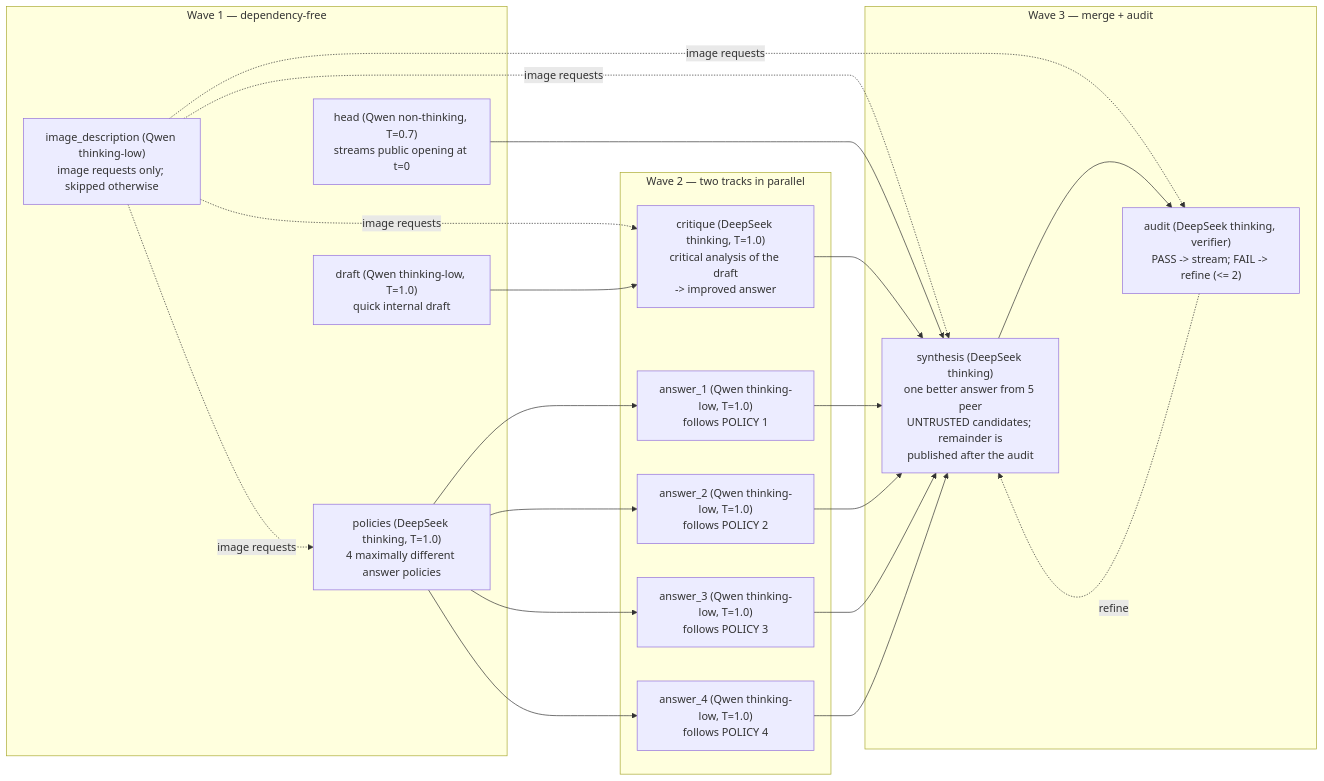
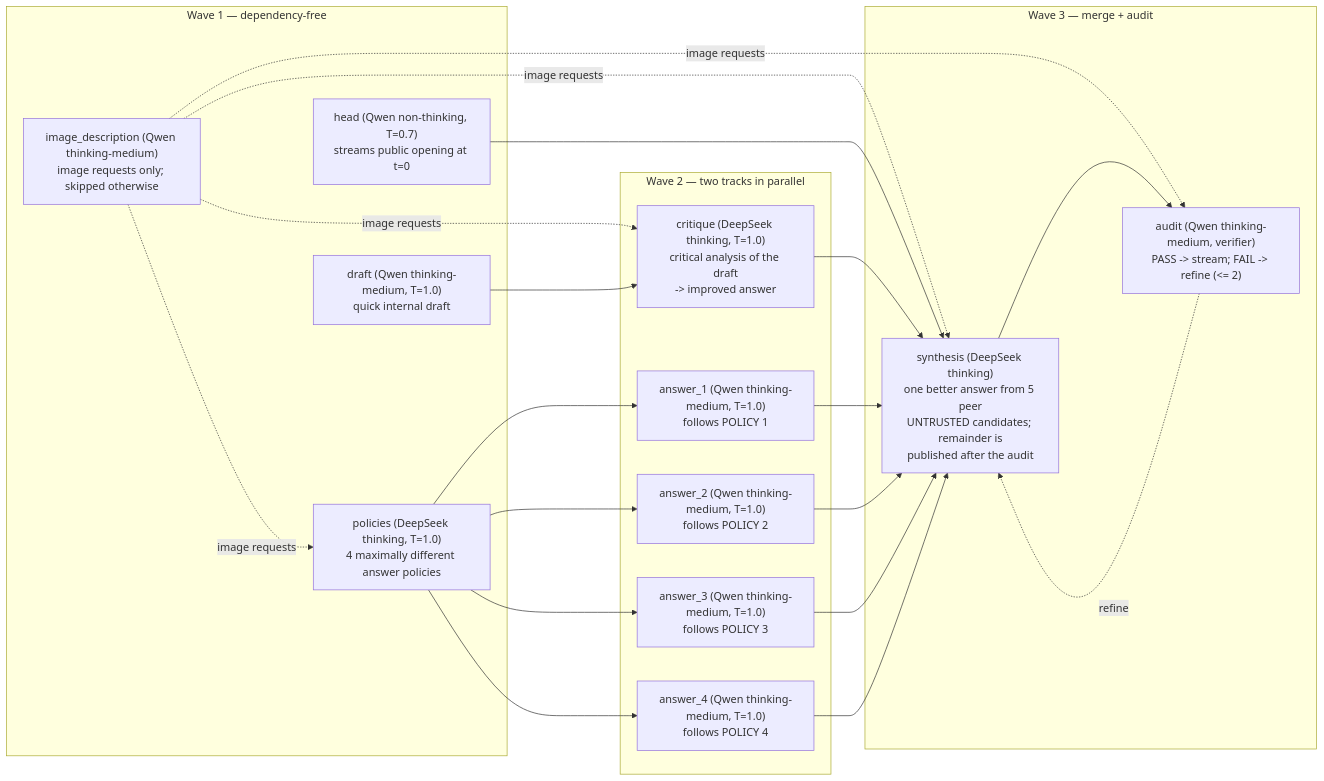
The diagram in examples/qwen3.8-deepseek-v4-8gpu/README.md (ytworks/kairyu), drawn with Mermaid before and after one commit. The commit also changed other lines of this file and 9 other files, not shown here.

First line of the commit message:
examples(tiered): Qwen thinking to medium tier, audit verifier to Qwen (DTO-D14)

````diff
--- a/examples/qwen3.8-deepseek-v4-8gpu/README.md
+++ b/examples/qwen3.8-deepseek-v4-8gpu/README.md
@@ -150,37 +150,37 @@
 ```mermaid
 flowchart LR
     subgraph W1["Wave 1 — dependency-free"]
         H["head (Qwen non-thinking, T=0.7)<br/>streams public opening at t=0"]
-        DR["draft (Qwen thinking-low, T=1.0)<br/>quick internal draft"]
-        ID["image_description (Qwen thinking-low)<br/>image requests only; skipped otherwise"]
+        DR["draft (Qwen thinking-medium, T=1.0)<br/>quick internal draft"]
+        ID["image_description (Qwen thinking-medium)<br/>image requests only; skipped otherwise"]
         PO["policies (DeepSeek thinking, T=1.0)<br/>4 maximally different answer policies"]
     end
     subgraph W2["Wave 2 — two tracks in parallel"]
-        A1["answer_1 (Qwen thinking-low, T=1.0)<br/>follows POLICY 1"]
-        A2["answer_2 (Qwen thinking-low, T=1.0)<br/>follows POLICY 2"]
-        A3["answer_3 (Qwen thinking-low, T=1.0)<br/>follows POLICY 3"]
-        A4["answer_4 (Qwen thinking-low, T=1.0)<br/>follows POLICY 4"]
+        A1["answer_1 (Qwen thinking-medium, T=1.0)<br/>follows POLICY 1"]
+        A2["answer_2 (Qwen thinking-medium, T=1.0)<br/>follows POLICY 2"]
+        A3["answer_3 (Qwen thinking-medium, T=1.0)<br/>follows POLICY 3"]
+        A4["answer_4 (Qwen thinking-medium, T=1.0)<br/>follows POLICY 4"]
         CR["critique (DeepSeek thinking, T=1.0)<br/>critical analysis of the draft<br/>-> improved answer"]
     end
     subgraph W3["Wave 3 — merge + audit"]
         CO["synthesis (DeepSeek thinking)<br/>one better answer from 5 peer<br/>UNTRUSTED candidates; remainder is<br/>published after the audit"]
-        AU["audit (DeepSeek thinking, verifier)<br/>PASS -> stream; FAIL -> refine (<= 2)"]
+        AU["audit (Qwen thinking-medium, verifier)<br/>PASS -> stream; FAIL -> refine (<= 2)"]
     end
     ID -.image requests.-> PO
     ID -.image requests.-> CR
     ID -.image requests.-> CO
     ID -.image requests.-> AU
     PO --> A1
     PO --> A2
     PO --> A3
     PO --> A4
     DR --> CR
     H --> CO
     CR --> CO
     A1 --> CO
     A2 --> CO
     A3 --> CO
     A4 --> CO
     CO --> AU
     AU -.refine.-> CO
 ```
````
